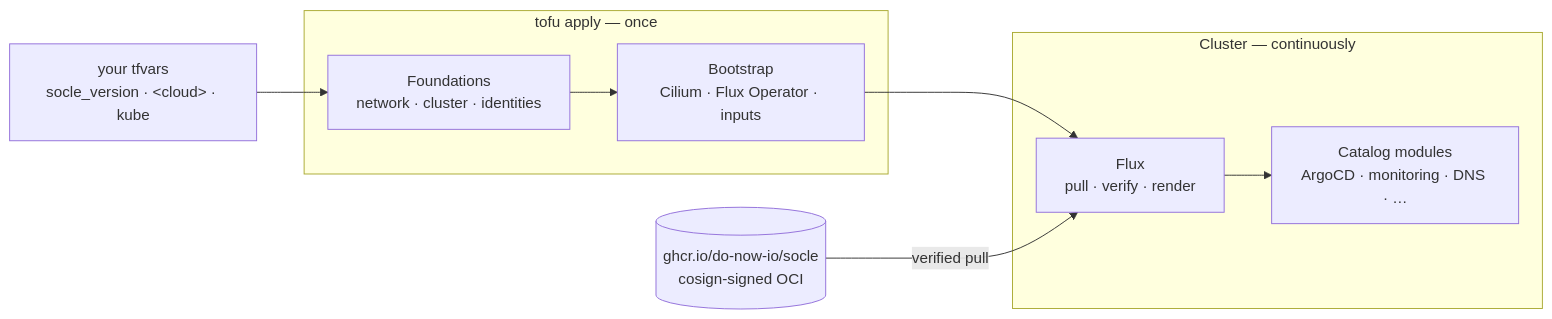
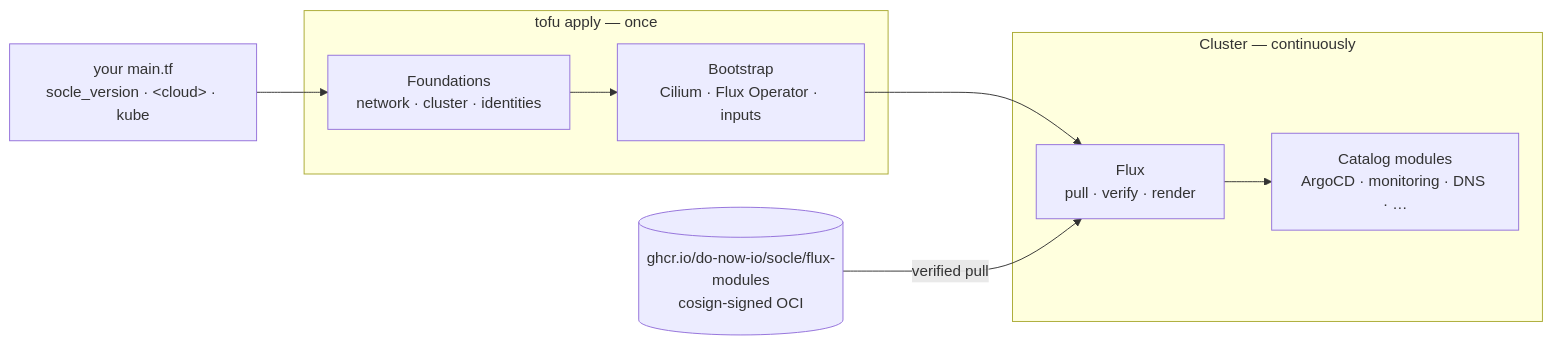
One commit to do-now-io/socle changed the diagram in README.md. Above: the diagram before and after it, drawn with Mermaid. The commit also changed other lines of this file and 246 other files, not shown here.

````diff
--- a/README.md
+++ b/README.md
@@ -46,15 +47,15 @@
 ```mermaid
 flowchart LR
-  tfvars["your tfvars<br/>socle_version · &lt;cloud&gt; · kube"]
+  tfvars["your main.tf<br/>socle_version · &lt;cloud&gt; · kube"]
   subgraph tofu ["tofu apply — once"]
     foundations["Foundations<br/>network · cluster · identities"]
     bootstrap["Bootstrap<br/>Cilium · Flux Operator · inputs"]
   end
-  oci[("ghcr.io/do-now-io/socle<br/>cosign-signed OCI")]
+  oci[("ghcr.io/do-now-io/socle/flux-modules<br/>cosign-signed OCI")]
   subgraph cluster ["Cluster — continuously"]
     flux["Flux<br/>pull · verify · render"]
     catalog["Catalog modules<br/>ArgoCD · monitoring · DNS · …"]
   end
   tfvars --> foundations --> bootstrap --> flux
   oci -- verified pull --> flux --> catalog
 ```
````
